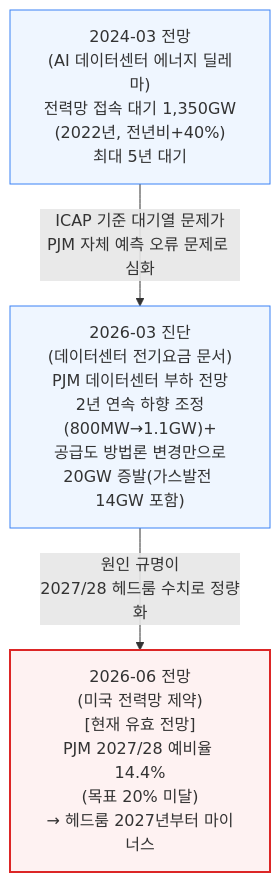
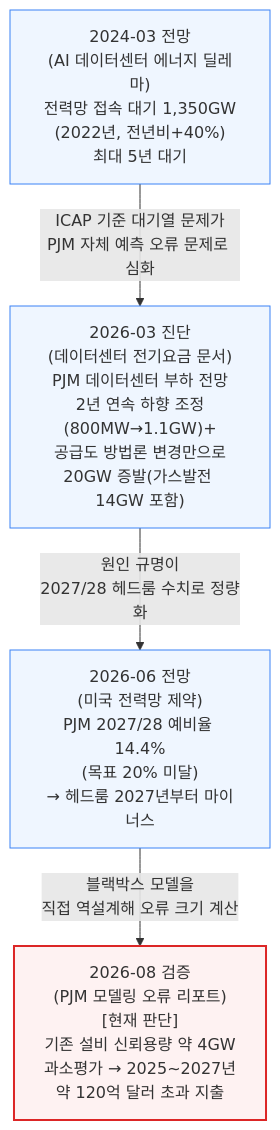
Before and after one commit to yohan4477/semi-report: the second of 5 diagrams in 통합 리포트/카테고리별 통합 리포트/[260704] 전력 통합 리포트.md, drawn with Mermaid. The commit also changed other lines of this file and 4 other files, not shown here.

````diff
--- a/통합 리포트/카테고리별 통합 리포트/[260704] 전력 통합 리포트.md
+++ b/통합 리포트/카테고리별 통합 리포트/[260704] 전력 통합 리포트.md
@@ -65,8 +66,9 @@
 ```mermaid
 flowchart TD
-    D2024b["2024-03 전망<br/>(AI 데이터센터 에너지 딜레마)<br/>전력망 접속 대기 1,350GW<br/>(2022년, 전년비+40%)<br/>최대 5년 대기"] -->|"ICAP 기준 대기열 문제가<br/>PJM 자체 예측 오류 문제로 심화"| D2026x["2026-03 진단<br/>(데이터센터 전기요금 문서)<br/>PJM 데이터센터 부하 전망<br/>2년 연속 하향 조정(800MW→1.1GW)+<br/>공급도 방법론 변경만으로<br/>20GW 증발(가스발전 14GW 포함)"] -->|"원인 규명이<br/>2027/28 헤드룸 수치로 정량화"| D2026b["2026-06 전망<br/>(미국 전력망 제약)<br/>[현재 유효 전망]<br/>PJM 2027/28 예비율 14.4%<br/>(목표 20% 미달)<br/>→ 헤드룸 2027년부터 마이너스"]
+    D2024b["2024-03 전망<br/>(AI 데이터센터 에너지 딜레마)<br/>전력망 접속 대기 1,350GW<br/>(2022년, 전년비+40%)<br/>최대 5년 대기"] -->|"ICAP 기준 대기열 문제가<br/>PJM 자체 예측 오류 문제로 심화"| D2026x["2026-03 진단<br/>(데이터센터 전기요금 문서)<br/>PJM 데이터센터 부하 전망<br/>2년 연속 하향 조정(800MW→1.1GW)+<br/>공급도 방법론 변경만으로<br/>20GW 증발(가스발전 14GW 포함)"] -->|"원인 규명이<br/>2027/28 헤드룸 수치로 정량화"| D2026b["2026-06 전망<br/>(미국 전력망 제약)<br/>PJM 2027/28 예비율 14.4%<br/>(목표 20% 미달)<br/>→ 헤드룸 2027년부터 마이너스"] -->|"블랙박스 모델을<br/>직접 역설계해 오류 크기 계산"| D2026f["2026-08 검증<br/>(PJM 모델링 오류 리포트)<br/>[현재 판단]<br/>기존 설비 신뢰용량 약 4GW<br/>과소평가 → 2025~2027년<br/>약 120억 달러 초과 지출"]
 
     style D2024b fill:#eff6ff,stroke:#3b82f6
     style D2026x fill:#eff6ff,stroke:#3b82f6
-    style D2026b fill:#fef2f2,stroke:#dc2626,stroke-width:2px
+    style D2026b fill:#eff6ff,stroke:#3b82f6
+    style D2026f fill:#fef2f2,stroke:#dc2626,stroke-width:2px
 ```
````
